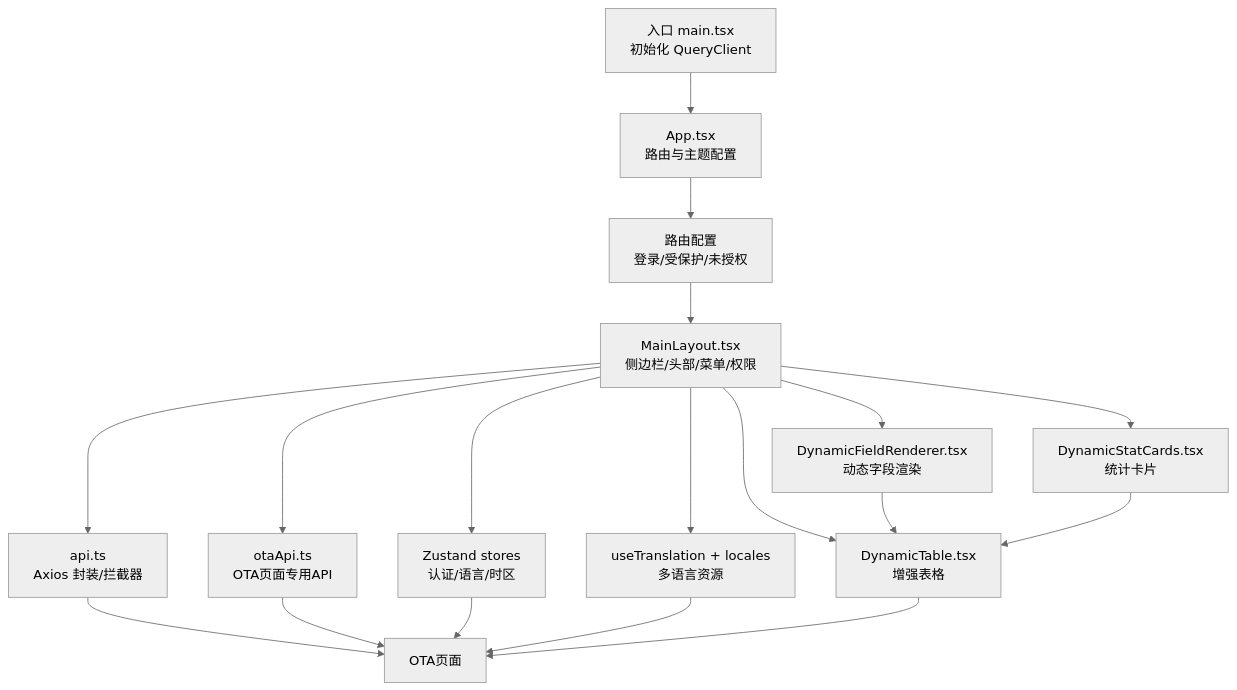
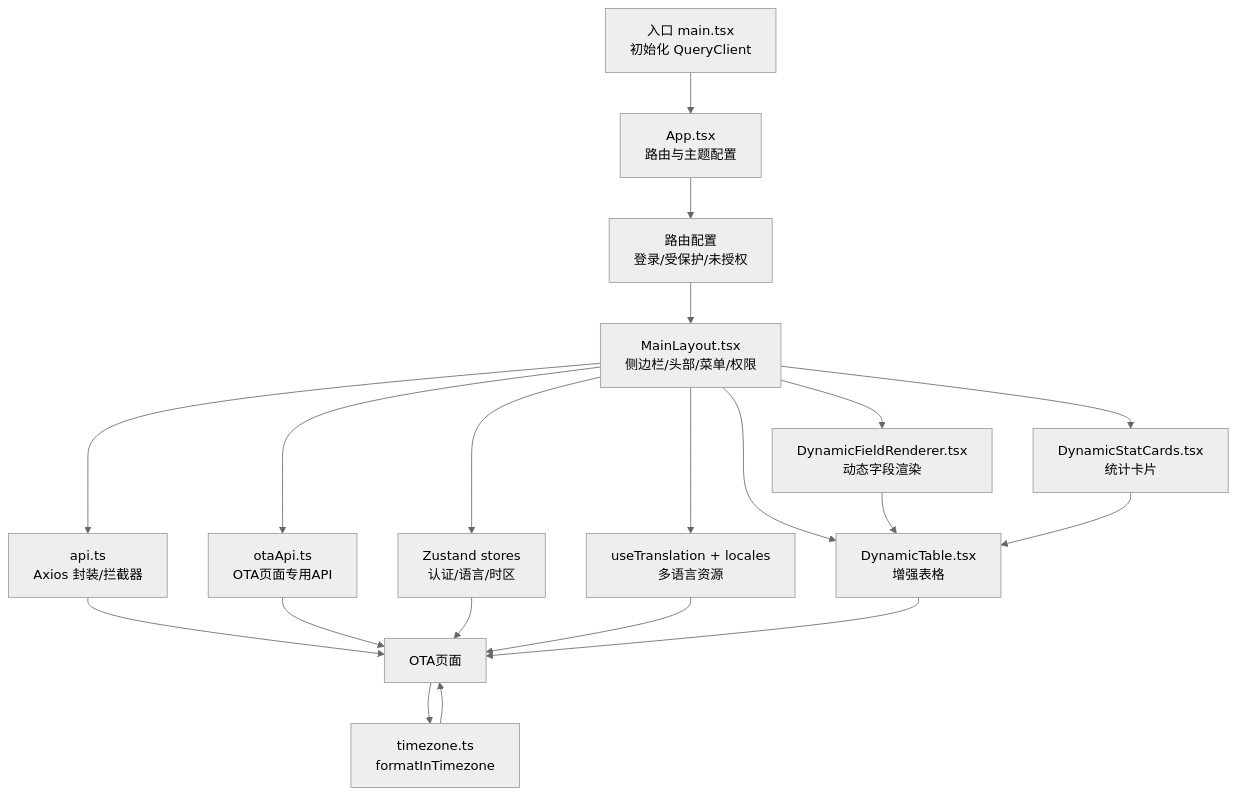
The second of 14 diagrams in .qoder/repowiki/zh/content/管理后台前端/管理后台前端.md (mcmrzy/cs_inv_monitor-develop), drawn with Mermaid (neutral theme) before and after one commit. The commit also changed other lines of this file and 28 other files, not shown here.

````diff
--- a/.qoder/repowiki/zh/content/管理后台前端/管理后台前端.md
+++ b/.qoder/repowiki/zh/content/管理后台前端/管理后台前端.md
@@ -177,20 +200,22 @@
 ```mermaid
 graph TB
 ENTRY["入口 main.tsx<br/>初始化 QueryClient"] --> APP["App.tsx<br/>路由与主题配置"]
 APP --> ROUTES["路由配置<br/>登录/受保护/未授权"]
 ROUTES --> LAYOUT["MainLayout.tsx<br/>侧边栏/头部/菜单/权限"]
 LAYOUT --> STORES["Zustand stores<br/>认证/语言/时区"]
 LAYOUT --> I18N["useTranslation + locales<br/>多语言资源"]
 LAYOUT --> API["api.ts<br/>Axios 封装/拦截器"]
 LAYOUT --> OTAAPI["otaApi.ts<br/>OTA页面专用API"]
 LAYOUT --> RENDER["DynamicFieldRenderer.tsx<br/>动态字段渲染"]
 LAYOUT --> STATS["DynamicStatCards.tsx<br/>统计卡片"]
 LAYOUT --> TABLE["DynamicTable.tsx<br/>增强表格"]
 API --> PAGES["各业务页面"]
 OTAAPI --> PAGES["OTA页面"]
 STORES --> PAGES
 I18N --> PAGES
 RENDER --> TABLE
 STATS --> TABLE
 TABLE --> PAGES
+TZ_UTILS["timezone.ts<br/>formatInTimezone"] --> PAGES
+PAGES --> TZ_UTILS
 ```
````
